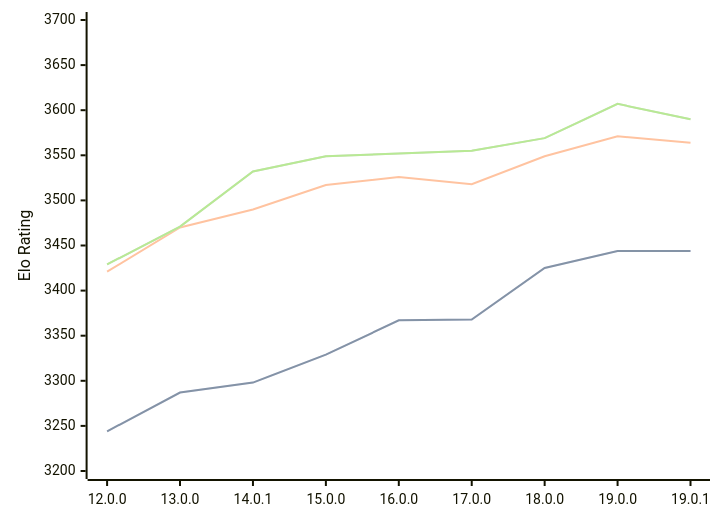
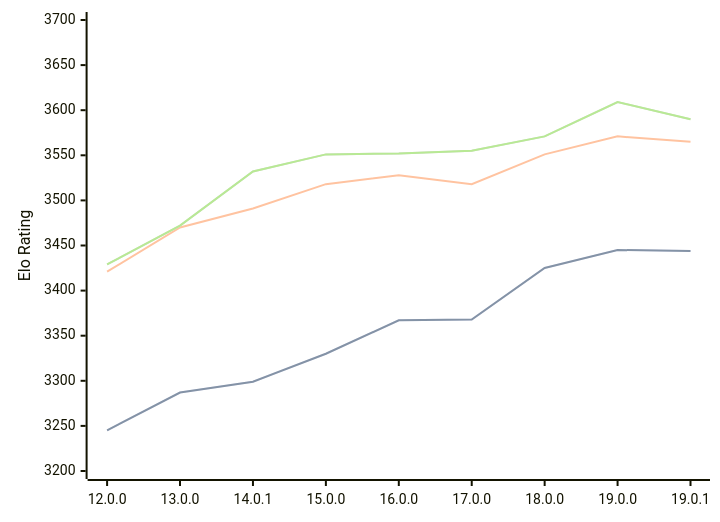
One commit to computer-chess-index/cci changed the diagram in engines/Viridithas.md. Above: the diagram before and after it, drawn with Mermaid. The commit also changed other lines of this file, not shown here.

Commit message:
Update CCI Ratings (ELO VLTC) - 2026-04-22

````diff
--- a/engines/Viridithas.md
+++ b/engines/Viridithas.md
@@ -63,11 +63,11 @@
 ```mermaid
 %%{init: {"theme":"base","themeVariables":{"seriesColors:['#a3a3a3','#222221','#faa371']}}}%%
 xychart-beta
   x-axis ["12.0.0", "13.0.0", "14.0.1", "15.0.0", "16.0.0", "17.0.0", "18.0.0", "19.0.0", "19.0.1"]
   y-axis "Elo Rating" 3200 --> 3700
-  line "STC (8.0+0.08s)" [3244, 3287, 3298, 3329, 3367, 3368, 3425, 3444, 3444]
-  line "STC (8.0+0.08s)" [3244, 3287, 3298, 3329, 3367, 3368, 3425, 3444, 3444]
-  line "LTC (60.0+0.60s)" [3421, 3470, 3490, 3517, 3526, 3518, 3549, 3571, 3564]
-  line "VLTC (2m24s+1.12s)" [3429, 3471, 3532, 3549, 3552, 3555, 3569, 3607, 3590]
-  line "VLTC (2m24s+1.12s)" [3429, 3471, 3532, 3549, 3552, 3555, 3569, 3607, 3590]
+  line "STC (8.0+0.08s)" [3245, 3287, 3299, 3330, 3367, 3368, 3425, 3445, 3444]
+  line "STC (8.0+0.08s)" [3245, 3287, 3299, 3330, 3367, 3368, 3425, 3445, 3444]
+  line "LTC (60.0+0.60s)" [3421, 3470, 3491, 3518, 3528, 3518, 3551, 3571, 3565]
+  line "VLTC (2m24s+1.12s)" [3429, 3472, 3532, 3551, 3552, 3555, 3571, 3609, 3590]
+  line "VLTC (2m24s+1.12s)" [3429, 3472, 3532, 3551, 3552, 3555, 3571, 3609, 3590]
 ```
````
